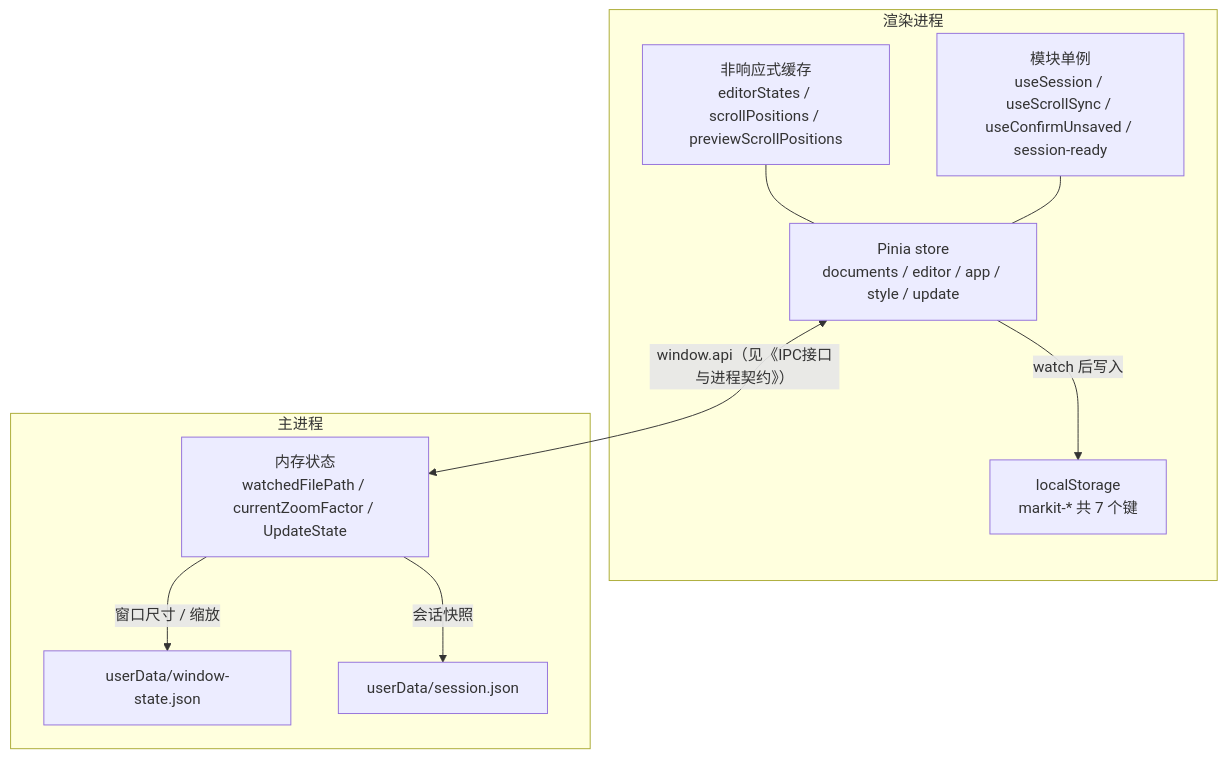
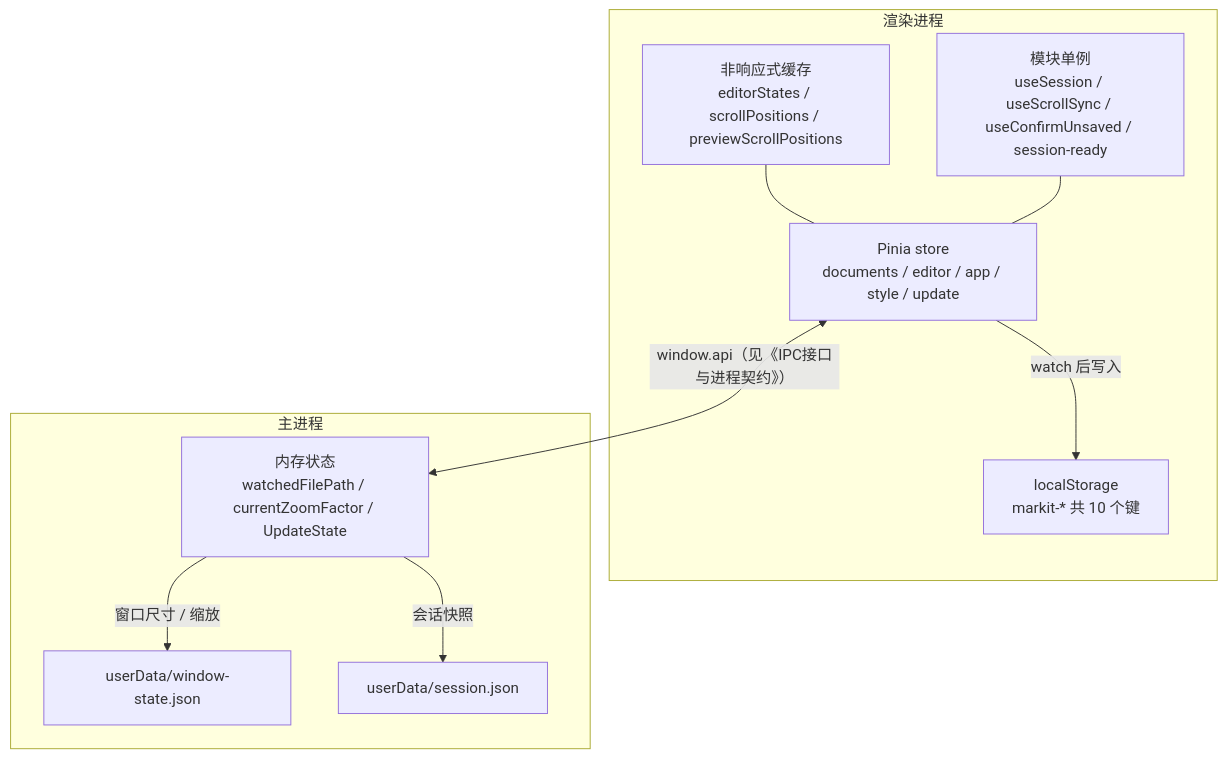
The first of 3 diagrams in docs/状态与数据模型.md (Harley-xk/mark-it), drawn with Mermaid before and after one commit. The commit also changed other lines of this file and 9 other files, not shown here.

````diff
--- a/docs/状态与数据模型.md
+++ b/docs/状态与数据模型.md
@@ -18,20 +18,20 @@
 ```mermaid
 flowchart TB
     subgraph Renderer["渲染进程"]
         P["Pinia store<br/>documents / editor / app / style / update"]
         N["非响应式缓存<br/>editorStates / scrollPositions / previewScrollPositions"]
-        L["localStorage<br/>markit-* 共 7 个键"]
+        L["localStorage<br/>markit-* 共 10 个键"]
         S["模块单例<br/>useSession / useScrollSync / useConfirmUnsaved / session-ready"]
     end
     subgraph Main["主进程"]
         M["内存状态<br/>watchedFilePath / currentZoomFactor / UpdateState"]
         W["userData/window-state.json"]
         J["userData/session.json"]
     end
     N --- P
     S --- P
     P -->|"watch 后写入"| L
     P <-->|"window.api（见《IPC接口与进程契约》）"| M
     M -->|"窗口尺寸 / 缩放"| W
     M -->|"会话快照"| J
 ```
````
